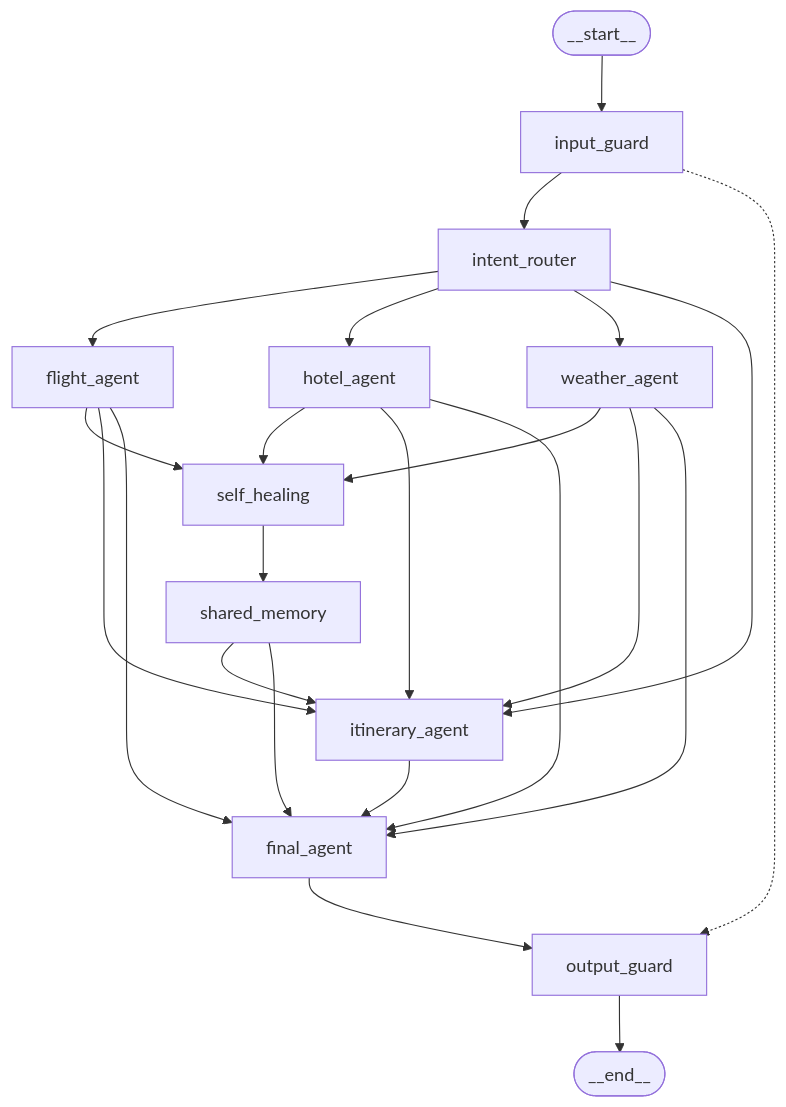
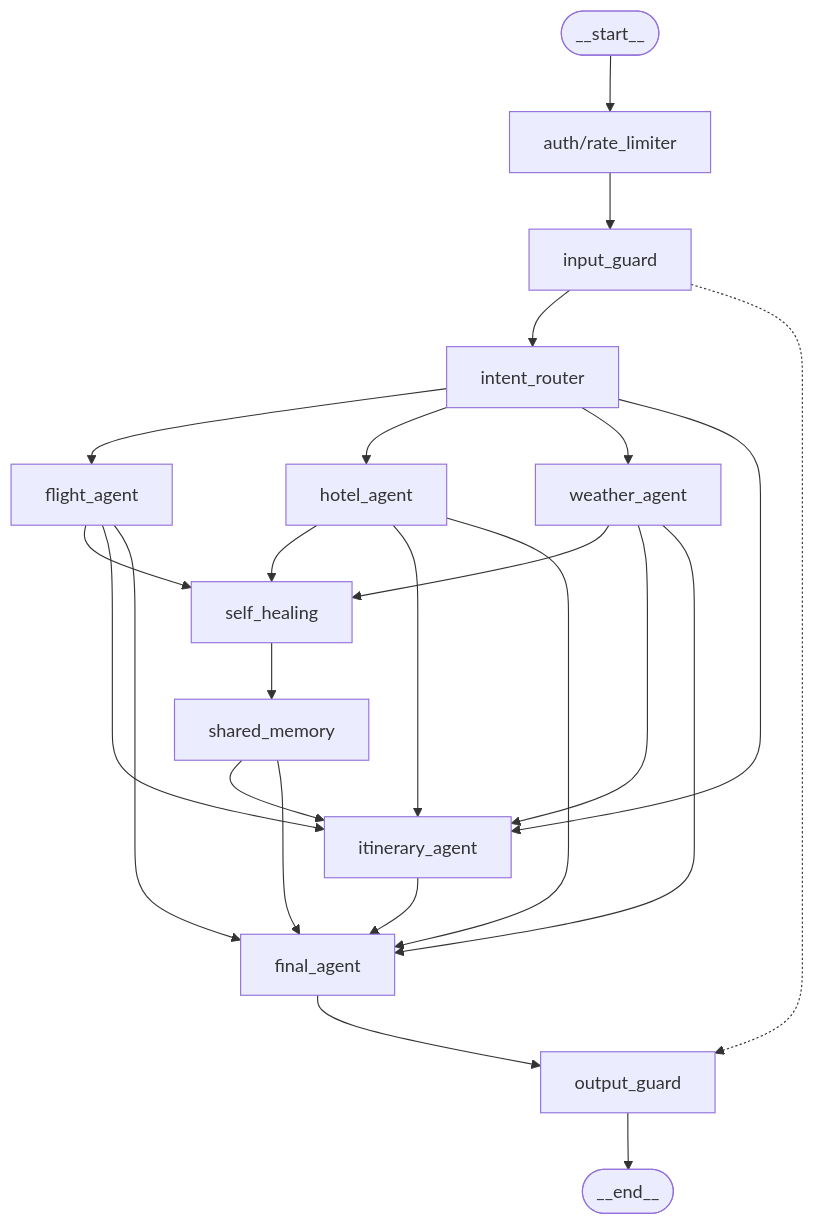
Before and after one commit to mohamed2012004/Travel-Mate-AI: the diagram in README.md, drawn with Mermaid.

Commit message:
refactor(diagram): update system design flowchart to improve clarity of input handling

````diff
--- a/README.md
+++ b/README.md
@@ -46,26 +46,27 @@
 ```mermaid
 flowchart TD
     Start([__start__])
-    Start --> InputGuard["input_guard"]
+    Start --> Edge["auth/rate_limiter"]
+    Edge --> InputGuard["input_guard"]
     InputGuard --> Router["intent_router"]
     Router --> Flight["flight_agent"]
     Router --> Hotel["hotel_agent"]
     Router --> Weather["weather_agent"]
     Router --> Itinerary["itinerary_agent"]
     Flight --> Healing["self_healing"]
     Hotel --> Healing
     Weather --> Healing
     Healing --> Shared["shared_memory"]
     Flight --> Itinerary
     Hotel --> Itinerary
     Weather --> Itinerary
     Shared --> Itinerary
     Flight --> Final["final_agent"]
     Hotel --> Final
     Weather --> Final
     Itinerary --> Final
     Shared --> Final
     Final --> OutputGuard["output_guard"]
     OutputGuard --> End([__end__])
     InputGuard -.-> OutputGuard
 ```
````
